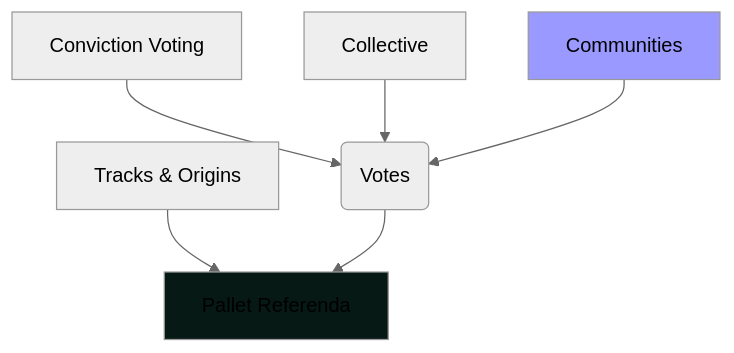
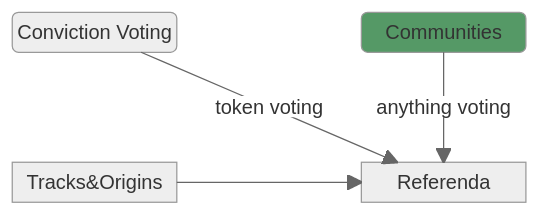
The first of 4 diagrams in private-gov/private-gov.md (olanod/slides), drawn with Mermaid (neutral theme) before and after one commit. The commit also changed 4 other files, not shown here.

````diff
--- a/private-gov/private-gov.md
+++ b/private-gov/private-gov.md
@@ -85,11 +85,17 @@
 ```mermaid +render
-flowchart TD
-    B[Tracks & Origins] --> A[Pallet Referenda]
-    C(Votes) --> A
-    E[Conviction Voting] --> C
-    F[Collective] --> C
-    G[Communities] --> C
-    
-    style A fill:#071914
-    style G fill:#9999ff
+block-beta
+    columns 3
+    V("Conviction Voting")
+    space
+    C("Communities")
+    space:6
+    T["Tracks&Origins"]
+    space
+    R["Referenda"]
+
+    V-- "token voting" -->R
+    C-- "anything voting" -->R
+    T-->R
+
+    style C fill:#596
 ```
````
